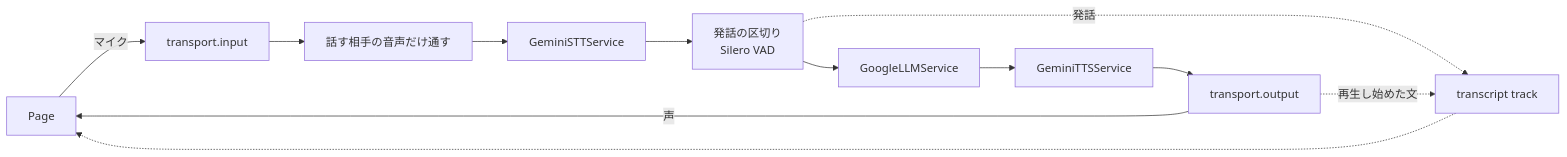
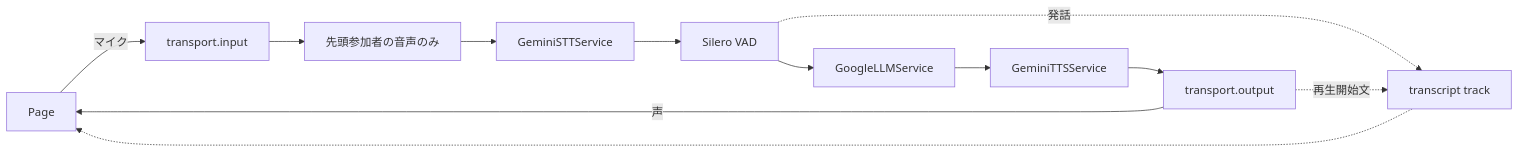
One commit to nttcom/moq-wasm changed the diagram in examples/python/moq-ai-voice-agent/README.md. Above: the diagram before and after it, drawn with Mermaid. The commit also changed other lines of this file and 57 other files, not shown here.

````diff
--- a/examples/python/moq-ai-voice-agent/README.md
+++ b/examples/python/moq-ai-voice-agent/README.md
@@ -6,14 +5,14 @@
 ```mermaid
 flowchart LR
     P[Page] -->|マイク| I[transport.input]
-    I --> F[話す相手の音声だけ通す]
+    I --> F[先頭参加者の音声のみ]
     F --> S[GeminiSTTService]
-    S --> U[発話の区切り<br>Silero VAD]
+    S --> U[Silero VAD]
     U --> L[GoogleLLMService]
     L --> T[GeminiTTSService]
     T --> O[transport.output]
     O -->|声| P
     U -.->|発話| X[transcript track]
-    O -.->|再生し始めた文| X
+    O -.->|再生開始文| X
     X -.-> P
 ```
````
